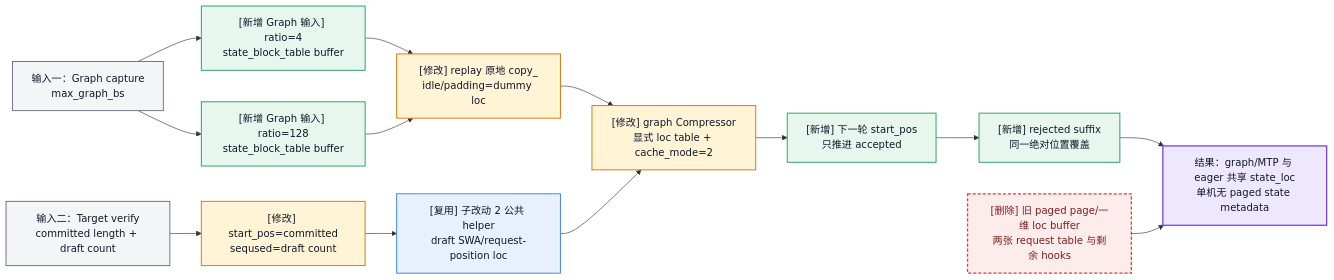
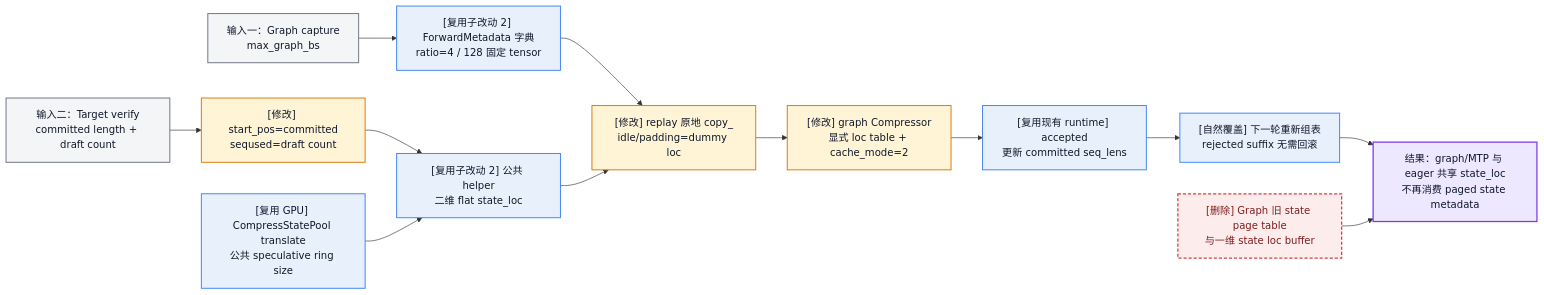
Before and after one commit to Talantan1102/sglang: diagram 15 of 19 in python/sglang/srt/hardware_backend/npu/dsv4/NPU_DSV4_CACHE_REFACTOR.md, drawn with Mermaid. The commit also changed other lines of this file and 3 other files, not shown here.

Commit message:
refactor(npu): adapt DSV4 ring state for graph replay

````diff
--- a/python/sglang/srt/hardware_backend/npu/dsv4/NPU_DSV4_CACHE_REFACTOR.md
+++ b/python/sglang/srt/hardware_backend/npu/dsv4/NPU_DSV4_CACHE_REFACTOR.md
@@ -629,27 +633,27 @@
 ```mermaid
 flowchart LR
     Capture["输入一：Graph capture<br/>max_graph_bs"]:::neutral
-    C4Buf["[新增 Graph 输入] ratio=4<br/>state_block_table buffer"]:::added
-    C128Buf["[新增 Graph 输入] ratio=128<br/>state_block_table buffer"]:::added
+    TableCache["[复用子改动 2] ForwardMetadata 字典<br/>ratio=4 / 128 固定 tensor"]:::reused
     Replay["[修改] replay 原地 copy_<br/>idle/padding=dummy loc"]:::changed
     Verify["输入二：Target verify<br/>committed length + draft count"]:::neutral
     Meta["[修改] start_pos=committed<br/>seqused=draft count"]:::changed
-    DraftLoc["[复用] 子改动 2 公共 helper<br/>draft SWA/request-position loc"]:::reused
+    GPUAddr["[复用 GPU] CompressStatePool translate<br/>公共 speculative ring size"]:::reused
+    DraftLoc["[复用子改动 2] 公共 helper<br/>二维 flat state_loc"]:::reused
     Op["[修改] graph Compressor<br/>显式 loc table + cache_mode=2"]:::changed
-    Accept["[新增] 下一轮 start_pos<br/>只推进 accepted"]:::added
-    Overwrite["[新增] rejected suffix<br/>同一绝对位置覆盖"]:::added
-    Cleanup["[删除] 旧 paged page/一维 loc buffer<br/>两张 request table 与剩余 hooks"]:::deleted
-    Result["结果：graph/MTP 与 eager 共享 state_loc<br/>单机无 paged state metadata"]:::result
+    Runtime["[复用现有 runtime] accepted<br/>更新 committed seq_lens"]:::reused
+    Overwrite["[自然覆盖] 下一轮重新组表<br/>rejected suffix 无需回滚"]:::reused
+    Cleanup["[删除] Graph 旧 state page table<br/>与一维 state loc buffer"]:::deleted
+    Result["结果：graph/MTP 与 eager 共享 state_loc<br/>不再消费 paged state metadata"]:::result
 
-    Capture --> C4Buf --> Replay --> Op
-    Capture --> C128Buf --> Replay
-    Verify --> Meta --> DraftLoc --> Op --> Accept --> Overwrite --> Result
+    Capture --> TableCache --> Replay --> Op
+    Verify --> Meta --> DraftLoc --> Replay
+    GPUAddr --> DraftLoc
+    Op --> Runtime --> Overwrite --> Result
     Cleanup --> Result
 
     classDef reused fill:#E8F1FB,stroke:#3B82F6,color:#0F172A,stroke-width:1.5px;
-    classDef added fill:#E8F7EE,stroke:#22A06B,color:#0F172A,stroke-width:1.5px;
     classDef changed fill:#FFF4D6,stroke:#D97706,color:#0F172A,stroke-width:1.5px;
     classDef deleted fill:#FDECEC,stroke:#D14343,color:#7F1D1D,stroke-width:2px,stroke-dasharray:5 3;
     classDef neutral fill:#F4F5F7,stroke:#6B7280,color:#0F172A,stroke-width:1.5px;
     classDef result fill:#EEE8FF,stroke:#7C3AED,color:#0F172A,stroke-width:2px;
 ```
````
